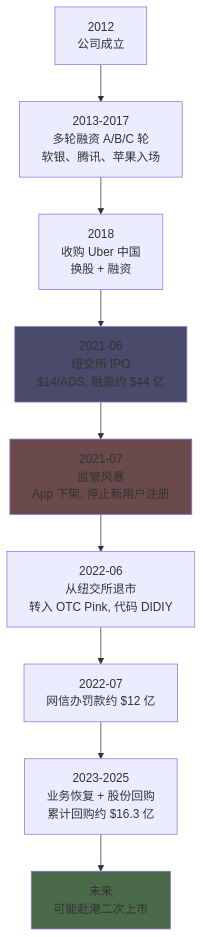
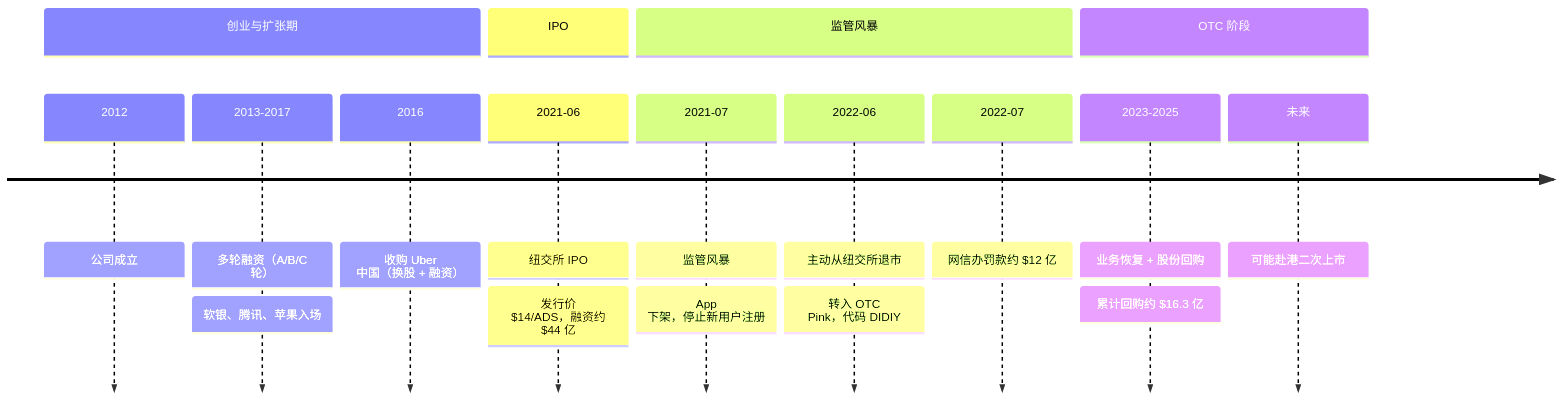
Diagram 14 of 14 in _tutorials/2026-06-19-stock-market-lifecycle-tutorial.md (puppylpg/puppylpg.github.io), drawn with Mermaid before and after one commit. The commit also changed other lines of this file, not shown here.

First line of the commit message:
Enhance stock market tutorial with new concepts, diagrams, and fixes

````diff
--- a/_tutorials/2026-06-19-stock-market-lifecycle-tutorial.md
+++ b/_tutorials/2026-06-19-stock-market-lifecycle-tutorial.md
@@ -592,15 +879,21 @@
 ```mermaid
-flowchart TD
-    A[2012<br/>公司成立] --> B[2013-2017<br/>多轮融资 A/B/C 轮<br/>软银、腾讯、苹果入场]
-    B --> C[2018<br/>收购 Uber 中国<br/>换股 + 融资]
-    C --> D[2021-06<br/>纽交所 IPO<br/>$14/ADS, 融资约 $44 亿]
-    D --> E[2021-07<br/>监管风暴<br/>App 下架, 停止新用户注册]
-    E --> F[2022-06<br/>从纽交所退市<br/>转入 OTC Pink, 代码 DIDIY]
-    F --> G[2022-07<br/>网信办罚款约 $12 亿]
-    G --> H[2023-2025<br/>业务恢复 + 股份回购<br/>累计回购约 $16.3 亿]
-    H --> I[未来<br/>可能赴港二次上市]
-
-    style D fill:#4a4a6a
-    style E fill:#6a4a4a
-    style I fill:#4a6a4a
+timeline
+    section 创业与扩张期
+        2012 : 公司成立
+        2013-2017 : 多轮融资（A/B/C 轮）
+                  : 软银、腾讯、苹果入场
+        2016 : 收购 Uber 中国（换股 + 融资）
+    section IPO
+        2021-06 : 纽交所 IPO
+                : 发行价 $14/ADS，融资约 $44 亿
+    section 监管风暴
+        2021-07 : 监管风暴
+                : App 下架，停止新用户注册
+        2022-06 : 主动从纽交所退市
+                : 转入 OTC Pink，代码 DIDIY
+        2022-07 : 网信办罚款约 $12 亿
+    section OTC 阶段
+        2023-2025 : 业务恢复 + 股份回购
+                  : 累计回购约 $16.3 亿
+        未来 : 可能赴港二次上市
 ```
````
